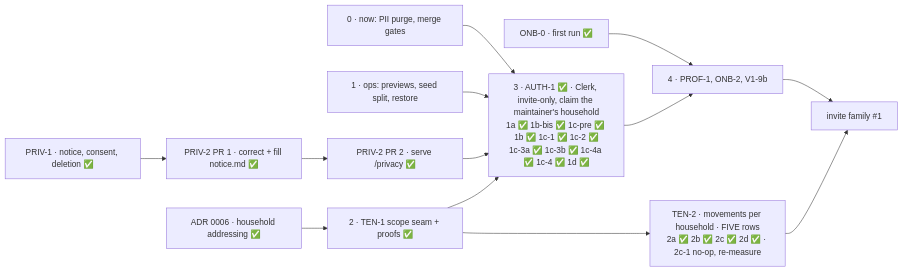
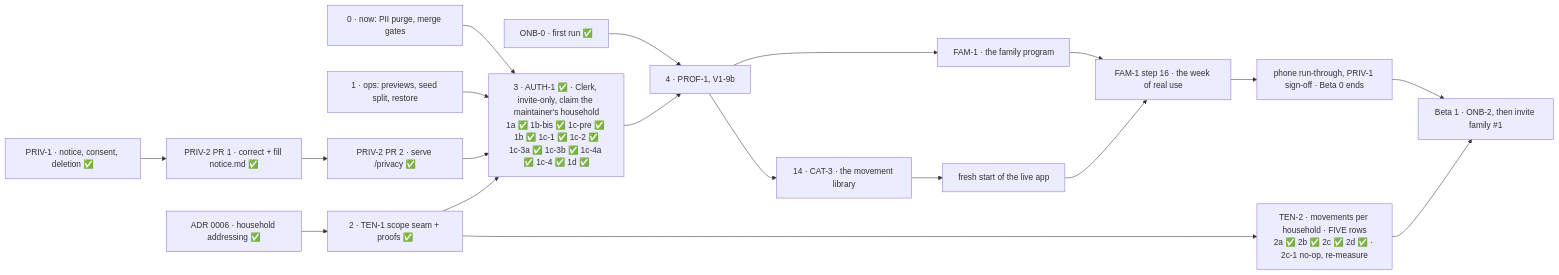
The diagram in docs/milestones/beta-1.md (ralamode/mat-plan), drawn with Mermaid before and after one commit. The commit also changed other lines of this file, not shown here.

Commit message:
docs(beta-0): the step chart draws the family program, the movement library and the fresh start

````diff
--- a/docs/milestones/beta-1.md
+++ b/docs/milestones/beta-1.md
@@ -97,15 +97,21 @@
 ```mermaid
 flowchart LR
   N[0 · now: PII purge, merge gates] --> AU
   O[1 · ops: previews, seed split, restore] --> AU
   ONB[ONB-0 · first run ✅] --> S
   PRIV[PRIV-1 · notice, consent, deletion ✅] --> P1[PRIV-2 PR 1 · correct + fill notice.md ✅]
   P1 --> P2[PRIV-2 PR 2 · serve /privacy ✅]
   P2 --> AU
   C[ADR 0006 · household addressing ✅] --> T[2 · TEN-1 scope seam + proofs ✅]
   T --> AU[3 · AUTH-1 ✅ · Clerk, invite-only, claim the maintainer's household<br/>1a ✅ 1b-bis ✅ 1c-pre ✅ 1b ✅ 1c-1 ✅ 1c-2 ✅<br/>1c-3a ✅ 1c-3b ✅ 1c-4a ✅ 1c-4 ✅ 1d ✅]
   T --> T2[TEN-2 · movements per household · FIVE rows<br/>2a ✅ 2b ✅ 2c ✅ 2d ✅ · 2c-1 no-op, re-measure]
-  AU --> S[4 · PROF-1, ONB-2, V1-9b]
-  S --> I[invite family #1]
+  AU --> S[4 · PROF-1, V1-9b]
+  S --> F[FAM-1 · the family program]
+  S --> K[14 · CAT-3 · the movement library]
+  K --> R[fresh start of the live app]
+  F --> W[FAM-1 step 16 · the week of real use]
+  R --> W
+  W --> B0[phone run-through, PRIV-1 sign-off · Beta 0 ends]
+  B0 --> I[Beta 1 · ONB-2, then invite family #1]
   T2 --> I
 ```
````
